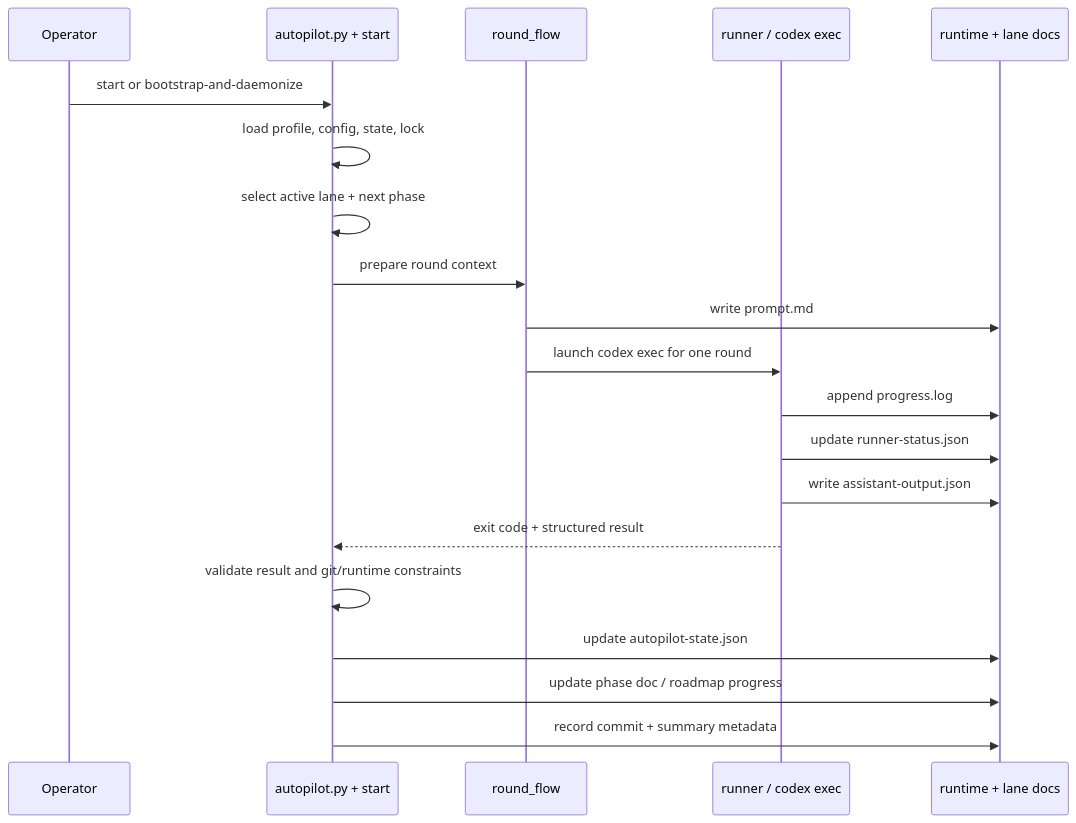
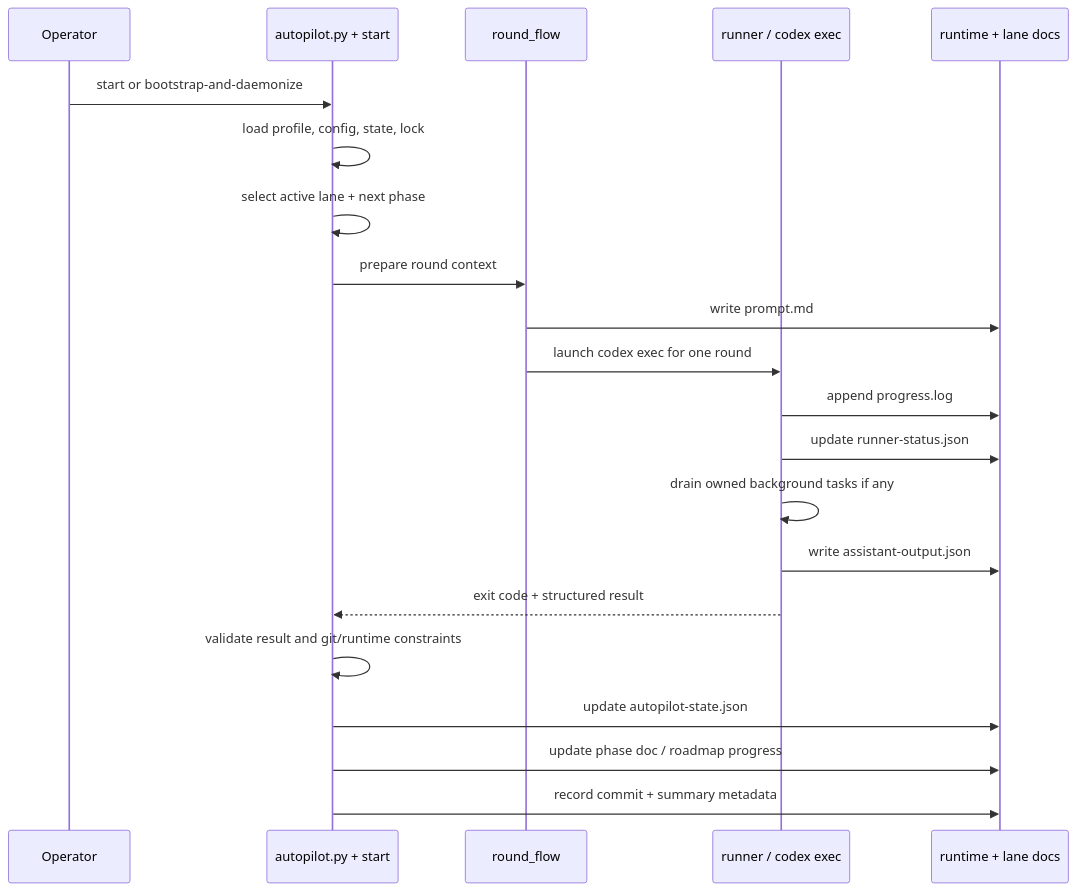
The second of 2 diagrams in custom/codex-autopilot-scaffold/RUNTIME-ARCHITECTURE.md (OCDcreator/my-skills), drawn with Mermaid before and after one commit. The commit also changed other lines of this file and 16 other files, not shown here.

````diff
--- a/custom/codex-autopilot-scaffold/RUNTIME-ARCHITECTURE.md
+++ b/custom/codex-autopilot-scaffold/RUNTIME-ARCHITECTURE.md
@@ -79,23 +79,24 @@
 ```mermaid
 sequenceDiagram
     participant Operator
     participant Controller as autopilot.py + start
     participant RoundFlow as round_flow
     participant Runner as runner / codex exec
     participant Runtime as runtime + lane docs
 
     Operator->>Controller: start or bootstrap-and-daemonize
     Controller->>Controller: load profile, config, state, lock
     Controller->>Controller: select active lane + next phase
     Controller->>RoundFlow: prepare round context
     RoundFlow->>Runtime: write prompt.md
     RoundFlow->>Runner: launch codex exec for one round
     Runner->>Runtime: append progress.log
     Runner->>Runtime: update runner-status.json
+    Runner->>Runner: drain owned background tasks if any
     Runner->>Runtime: write assistant-output.json
     Runner-->>Controller: exit code + structured result
     Controller->>Controller: validate result and git/runtime constraints
     Controller->>Runtime: update autopilot-state.json
     Controller->>Runtime: update phase doc / roadmap progress
     Controller->>Runtime: record commit + summary metadata
 ```
````
